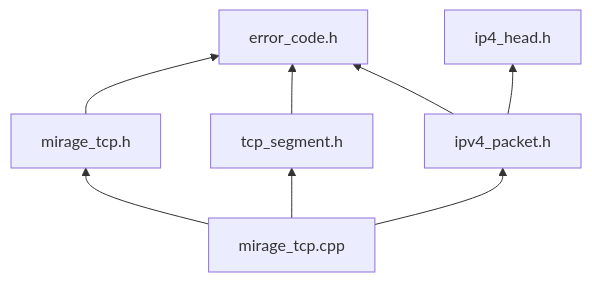
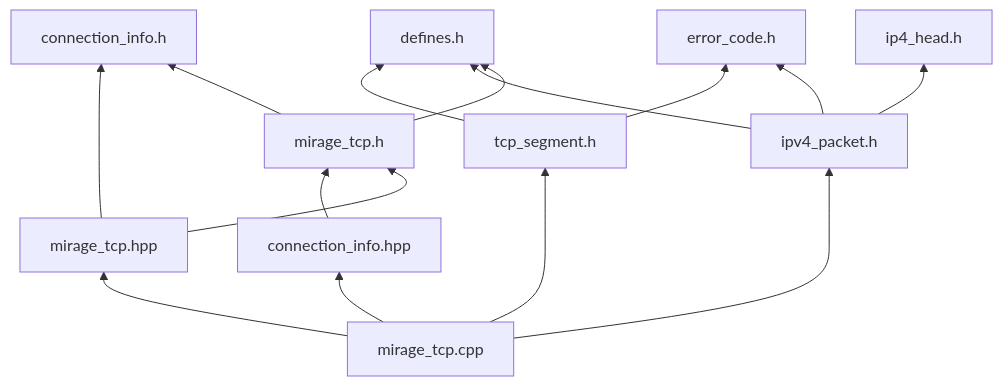
The fourth of 4 diagrams in docs/header-include-graph.md (yin-hai-bo/mirage-tcp), drawn with Mermaid before and after one commit. The commit also changed other lines of this file and 17 other files, not shown here.

````diff
--- a/docs/header-include-graph.md
+++ b/docs/header-include-graph.md
@@ -71,18 +99,29 @@
 ```mermaid
 graph BT
+    defines["defines.h"]
+    connection_info["connection_info.h"]
+    connection_info_hpp["connection_info.hpp"]
     error_code["error_code.h"]
     ip4_head["ip4_head.h"]
     ipv4_packet["ipv4_packet.h"]
     tcp_segment["tcp_segment.h"]
     mirage_tcp["mirage_tcp.h"]
+    mirage_tcp_hpp["mirage_tcp.hpp"]
     mirage_tcp_cpp["mirage_tcp.cpp"]
 
+    mirage_tcp --> defines
+    mirage_tcp --> connection_info
+    mirage_tcp_hpp --> mirage_tcp
+    mirage_tcp_hpp --> connection_info
+    connection_info_hpp --> mirage_tcp
     ipv4_packet --> error_code
+    ipv4_packet --> defines
     ipv4_packet --> ip4_head
+    tcp_segment --> defines
     tcp_segment --> error_code
-    mirage_tcp --> error_code
 
-    mirage_tcp_cpp --> mirage_tcp
+    mirage_tcp_cpp --> mirage_tcp_hpp
+    mirage_tcp_cpp --> connection_info_hpp
     mirage_tcp_cpp --> ipv4_packet
     mirage_tcp_cpp --> tcp_segment
 ```
````
